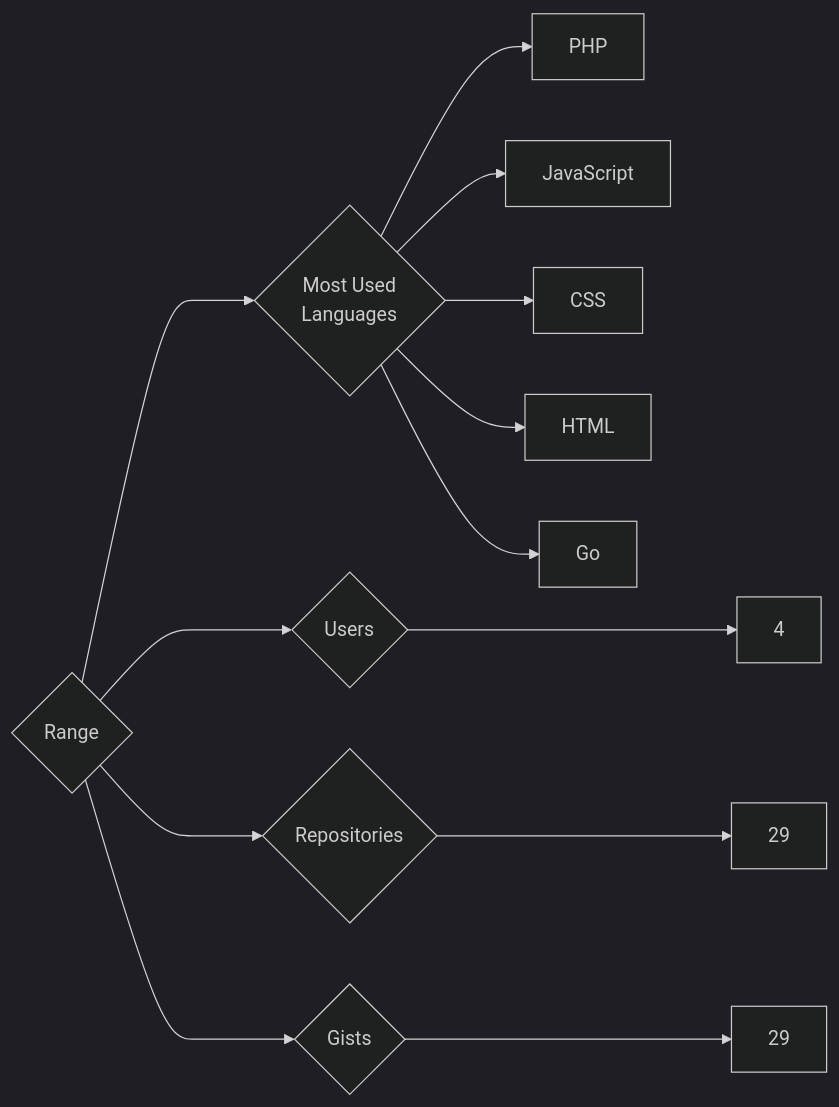
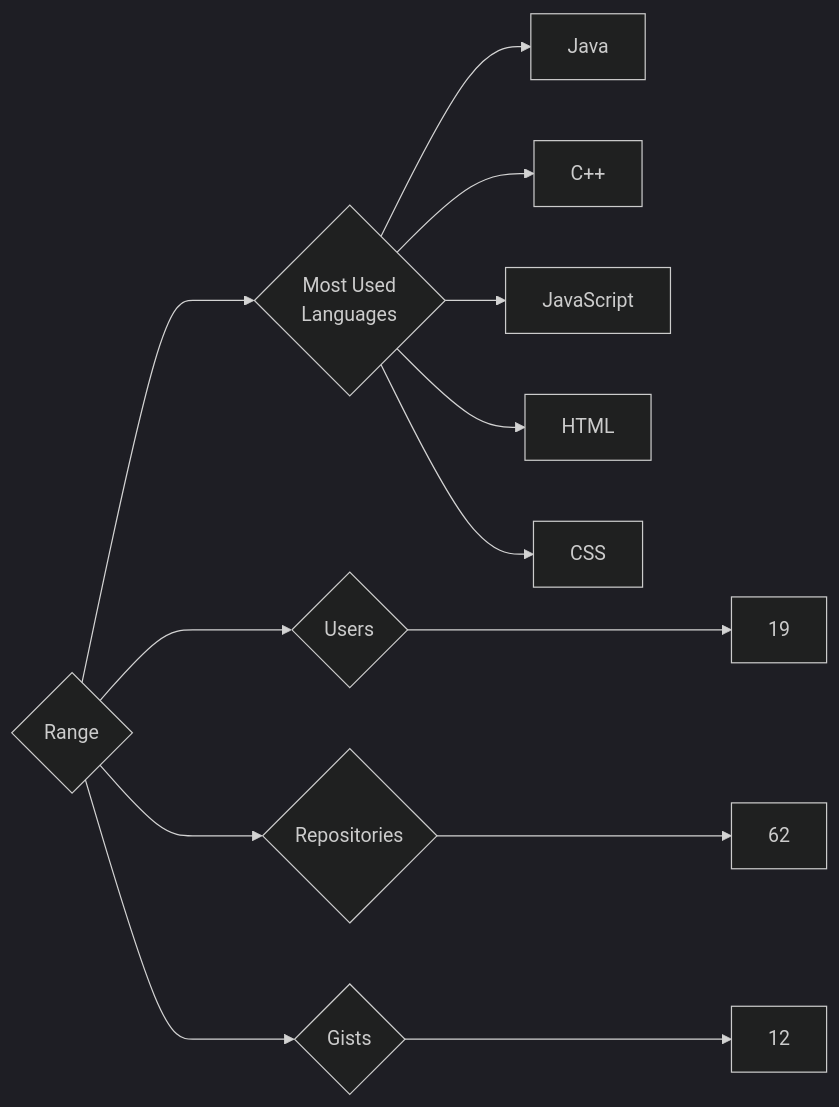
Before and after one commit to trickest/insiders: the diagram in targets/Range/README.md, drawn with Mermaid (dark theme). The commit also changed 995 other files, not shown here.

````diff
--- a/targets/Range/README.md
+++ b/targets/Range/README.md
@@ -3,13 +3,13 @@
 ```mermaid
 graph LR
 COMPANY_NAME{Range}
-COMPANY_NAME ---> U{Users} ---> UN[4]
-COMPANY_NAME ---> R{Repositories} ---> RN[29]
-COMPANY_NAME ---> G{Gists} ---> GN[29]
+COMPANY_NAME ---> U{Users} ---> UN[19]
+COMPANY_NAME ---> R{Repositories} ---> RN[62]
+COMPANY_NAME ---> G{Gists} ---> GN[12]
 COMPANY_NAME ---> ML{Most Used<br>Languages}
-ML --> PHP[PHP]
+ML --> Java[Java]
+ML --> C++[C++]
 ML --> JavaScript[JavaScript]
+ML --> HTML[HTML]
 ML --> CSS[CSS]
-ML --> HTML[HTML]
-ML --> Go[Go]
 ```
````
